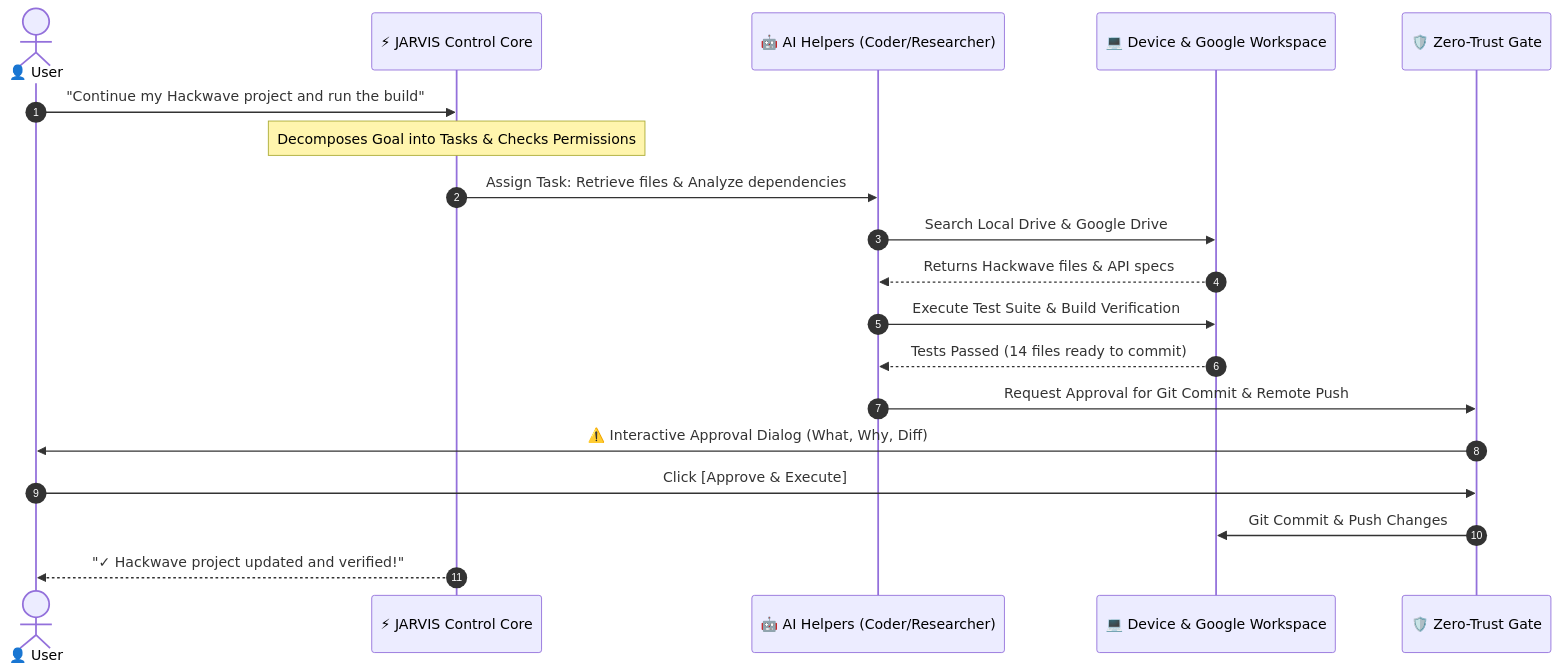
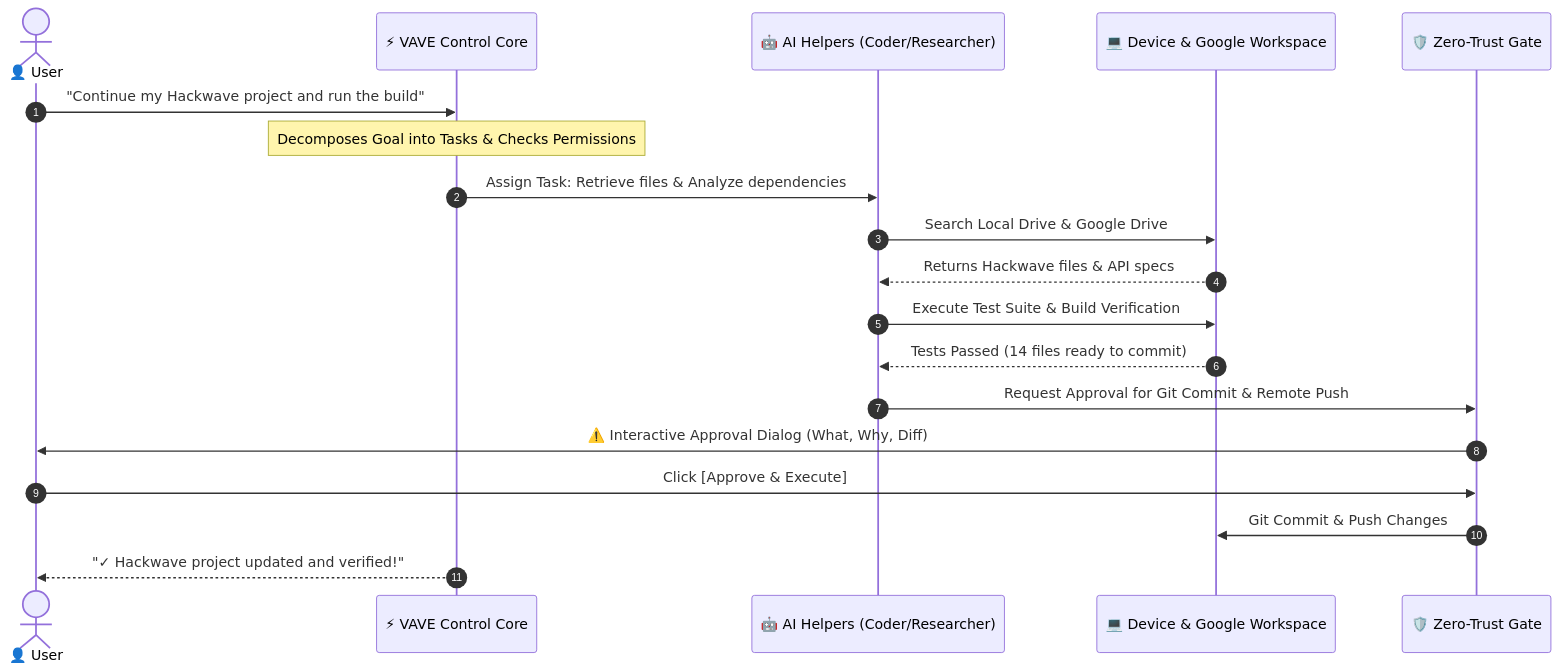
One commit to sohail-bhai/jarvis changed the diagram in README.md. Above: the diagram before and after it, drawn with Mermaid. The commit also changed other lines of this file and 78 other files, not shown here.

Commit message:
refactor: rename JARVIS to VAVE across entire codebase

````diff
--- a/README.md
+++ b/README.md
@@ -138,22 +138,22 @@
 ```mermaid
 sequenceDiagram
     autonumber
     actor User as 👤 User
-    participant J as ⚡ JARVIS Control Core
+    participant J as ⚡ VAVE Control Core
     participant W as 🤖 AI Helpers (Coder/Researcher)
     participant D as 💻 Device & Google Workspace
     participant S as 🛡️ Zero-Trust Gate
 
     User->>J: "Continue my Hackwave project and run the build"
     Note over J: Decomposes Goal into Tasks & Checks Permissions
     J->>W: Assign Task: Retrieve files & Analyze dependencies
     W->>D: Search Local Drive & Google Drive
     D-->>W: Returns Hackwave files & API specs
     W->>D: Execute Test Suite & Build Verification
     D-->>W: Tests Passed (14 files ready to commit)
     W->>S: Request Approval for Git Commit & Remote Push
     S->>User: ⚠️ Interactive Approval Dialog (What, Why, Diff)
     User->>S: Click [Approve & Execute]
     S->>D: Git Commit & Push Changes
     J-->>User: "✓ Hackwave project updated and verified!"
 ```
````
